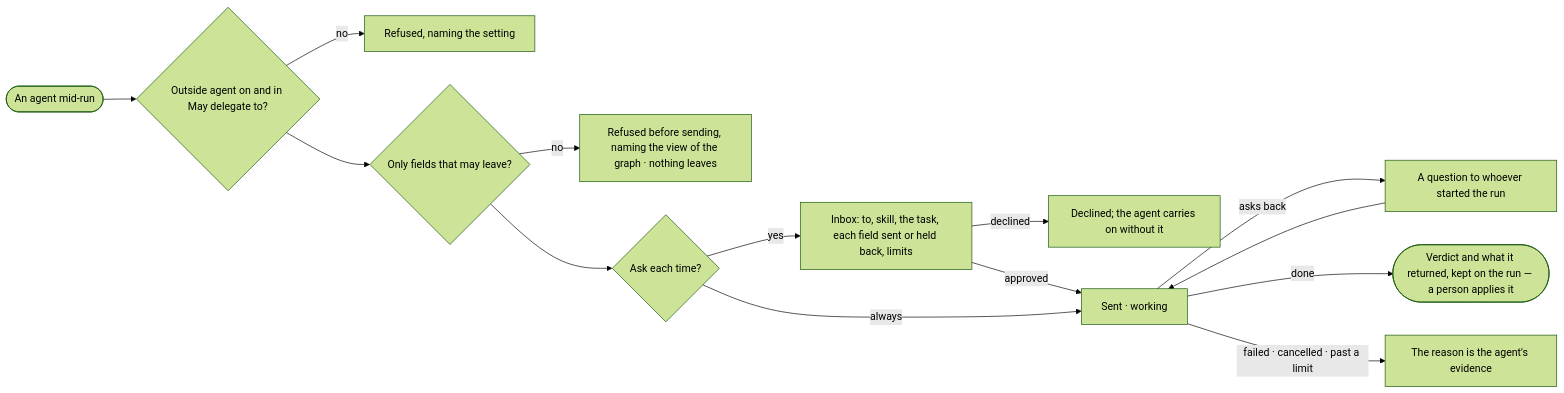
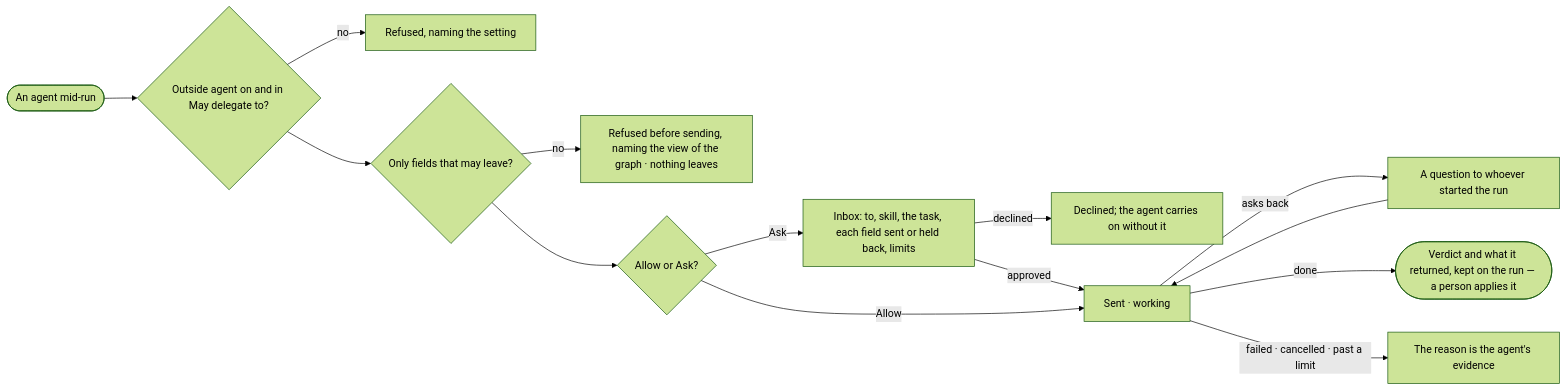
One commit to invana/invana changed the diagram in specs/products/agents/features/AG-F05-delegation-and-outside-agents/stories/AG-34-hand-a-fix-to-an-outside-agent-and-get-its-result-back/story.md. Above: the diagram before and after it, drawn with Mermaid (forest theme). The commit also changed other lines of this file and 425 other files, not shown here.

````diff
--- a/specs/products/agents/features/AG-F05-delegation-and-outside-agents/stories/AG-34-hand-a-fix-to-an-outside-agent-and-get-its-result-back/story.md
+++ b/specs/products/agents/features/AG-F05-delegation-and-outside-agents/stories/AG-34-hand-a-fix-to-an-outside-agent-and-get-its-result-back/story.md
@@ -27,15 +27,15 @@
 ```mermaid
 flowchart LR
   a([An agent mid-run]) --> e{"Outside agent on and in May delegate to?"}
   e -->|no| r1["Refused, naming the setting"]
   e --> w{"Only fields that may leave?"}
   w -->|no| r2["Refused before sending, naming the view of the graph · nothing leaves"]
-  w --> k{"Ask each time?"}
-  k -->|yes| i["Inbox: to, skill, the task, each field sent or held back, limits"]
+  w --> k{"Allow or Ask?"}
+  k -->|Ask| i["Inbox: to, skill, the task, each field sent or held back, limits"]
   i -->|declined| d["Declined; the agent carries on without it"]
   i -->|approved| s
-  k -->|always| s["Sent · working"]
+  k -->|Allow| s["Sent · working"]
   s -->|asks back| q["A question to whoever started the run"] --> s
   s -->|done| v(["Verdict and what it returned, kept on the run — a person applies it"])
   s -->|failed · cancelled · past a limit| f["The reason is the agent's evidence"]
 ```
````
